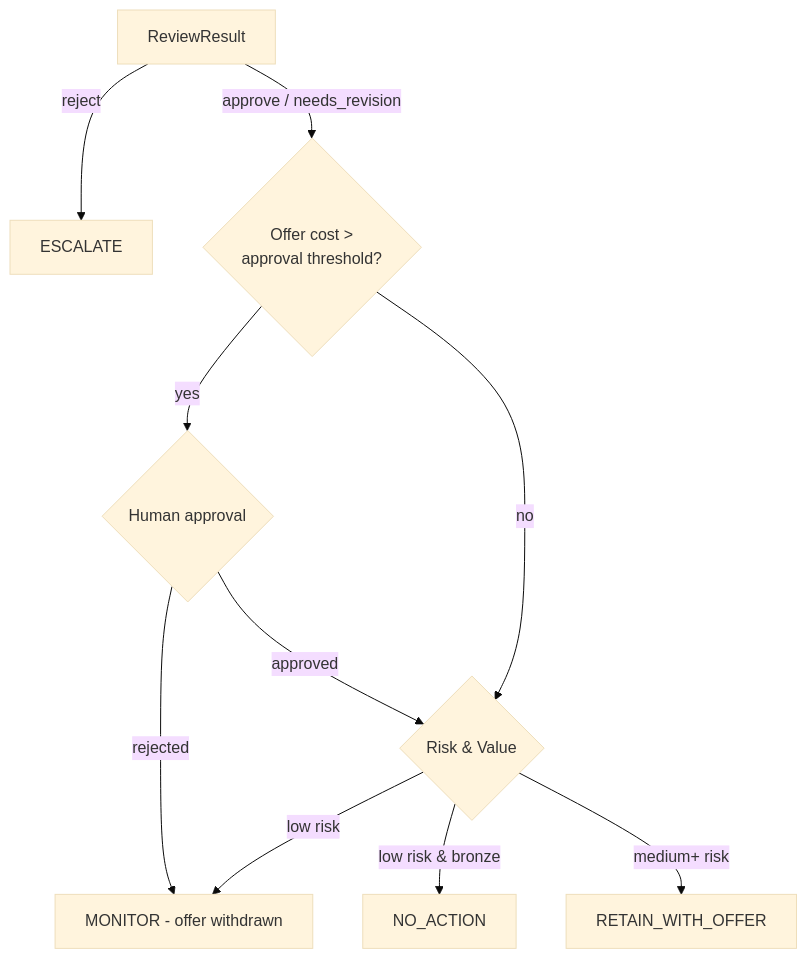
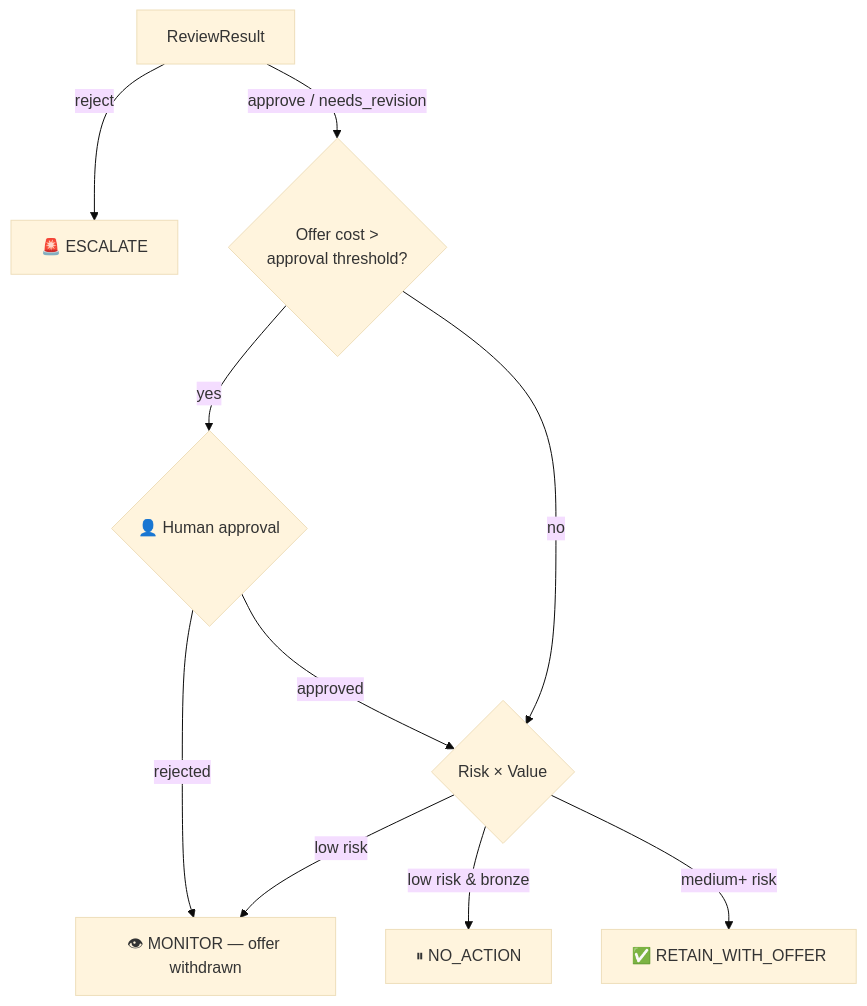
One commit to JoseDarioHernandez2/Stay_MultiAgent changed the third of 4 diagrams in README.md. Above: the diagram before and after it, drawn with Mermaid (base theme). The commit also changed other lines of this file and 1 other file, not shown here.

````diff
--- a/README.md
+++ b/README.md
@@ -111,12 +237,12 @@
 ```mermaid
 flowchart TD
-    A[ReviewResult] -->|reject| ESC[ESCALATE]
-    A -->|approve / needs_revision| B{Offer cost ><br/>approval threshold?}
-    B -->|yes| H{Human approval}
-    H -->|rejected| MON[MONITOR - offer withdrawn]
-    H -->|approved| C{Risk & Value}
+    A["ReviewResult"] -->|reject| ESC["🚨 ESCALATE"]
+    A -->|approve / needs_revision| B{"Offer cost ><br/>approval threshold?"}
+    B -->|yes| H{"👤 Human approval"}
+    H -->|rejected| MON["👁 MONITOR — offer withdrawn"]
+    H -->|approved| C{"Risk × Value"}
     B -->|no| C
-    C -->|low risk & bronze| NA[NO_ACTION]
+    C -->|low risk & bronze| NA["⏸ NO_ACTION"]
     C -->|low risk| MON
-    C -->|medium+ risk| RET[RETAIN_WITH_OFFER]
+    C -->|medium+ risk| RET["✅ RETAIN_WITH_OFFER"]
 ```
````
